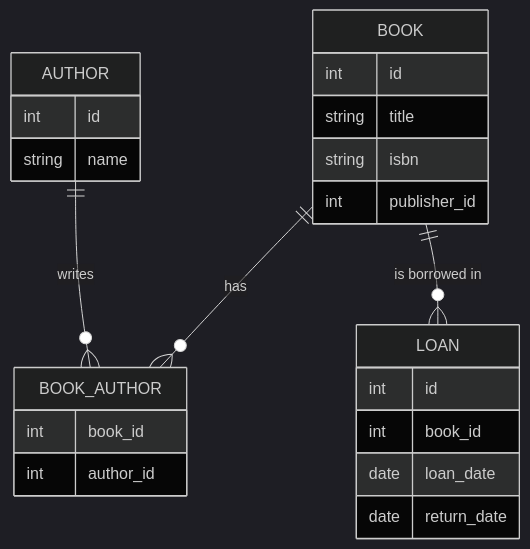
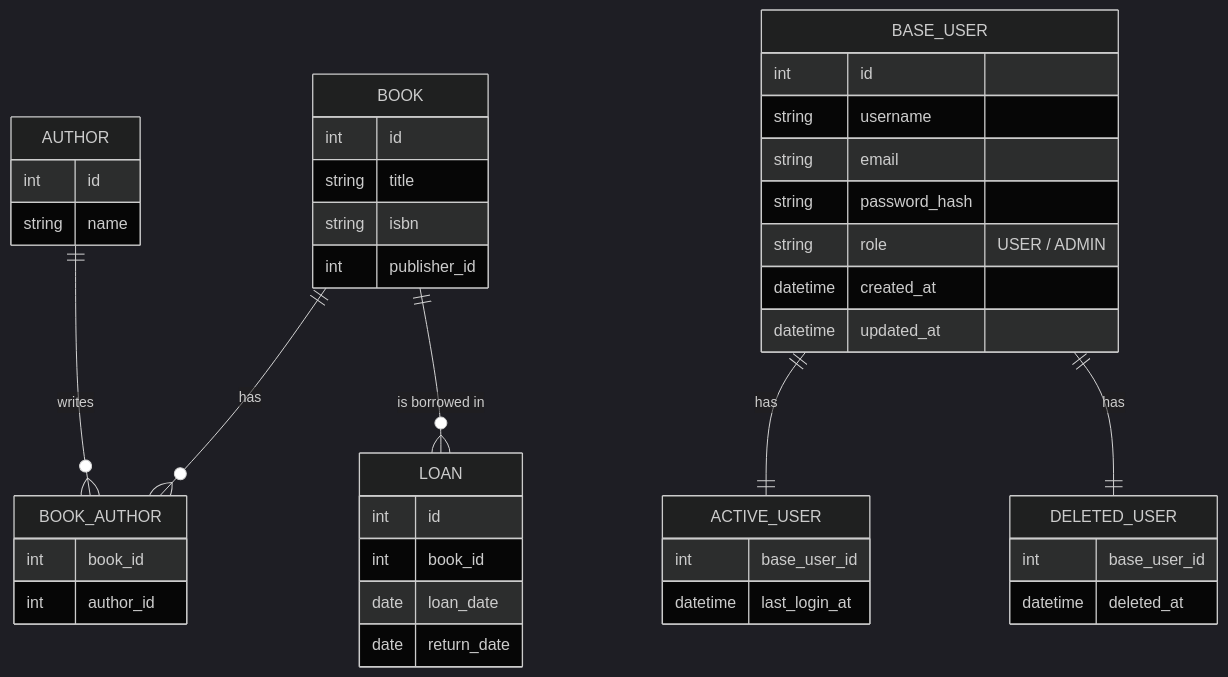
The diagram in document/library-cataloging-system/docs/er-diagram.md (nulltemp/study-repository), drawn with Mermaid (dark theme) before and after one commit.

Commit message:
ユーザー情報追加

````diff
--- a/document/library-cataloging-system/docs/er-diagram.md
+++ b/document/library-cataloging-system/docs/er-diagram.md
@@ -1,27 +1,46 @@
 ```mermaid
 erDiagram
     BOOK {
         int id
         string title
         string isbn
         int publisher_id
     }
     AUTHOR {
         int id
         string name
     }
     BOOK_AUTHOR {
         int book_id
         int author_id
     }
     LOAN {
         int id
         int book_id
         date loan_date
         date return_date
     }
+    BASE_USER {
+        int id
+        string username
+        string email
+        string password_hash
+        string role       "USER / ADMIN"
+        datetime created_at
+        datetime updated_at
+    }
+    ACTIVE_USER {
+        int base_user_id
+        datetime last_login_at
+    }
+    DELETED_USER {
+        int base_user_id
+        datetime deleted_at
+    }
 
     BOOK ||--o{ BOOK_AUTHOR : "has"
     AUTHOR ||--o{ BOOK_AUTHOR : "writes"
     BOOK ||--o{ LOAN : "is borrowed in"
+    BASE_USER ||--|| ACTIVE_USER : has
+    BASE_USER ||--|| DELETED_USER : has
 ```
````
